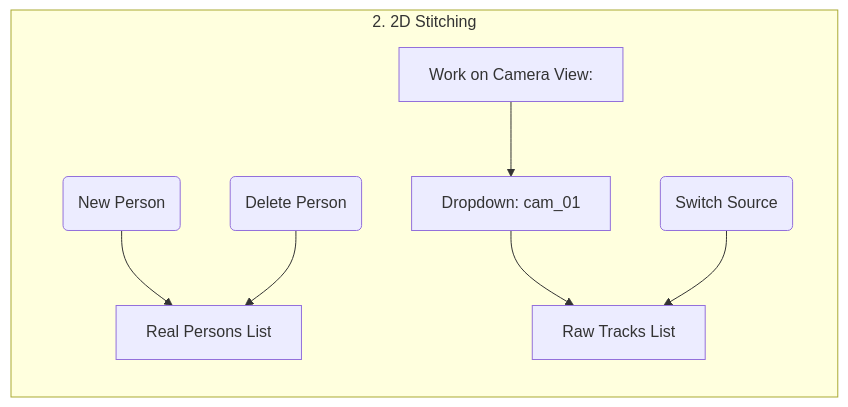
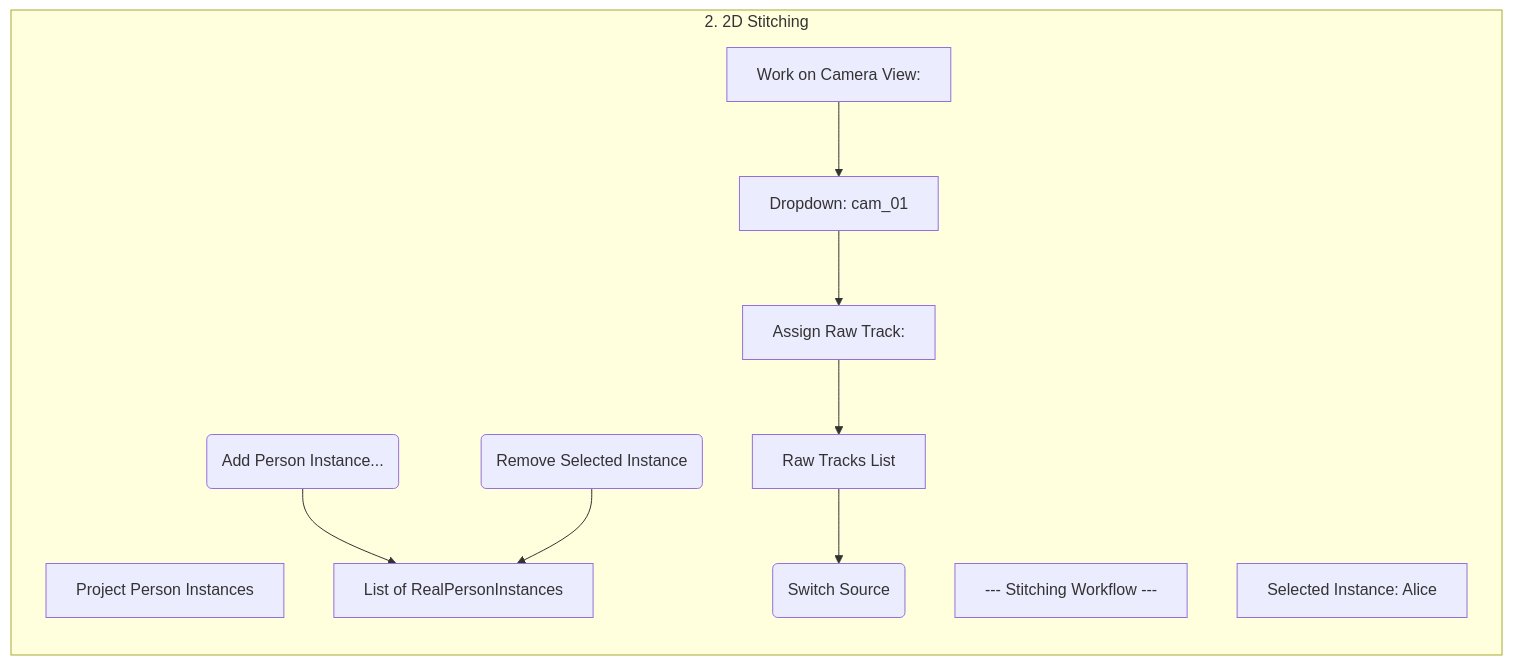
Before and after one commit to hkaimio/PoseEdit: the fourth of 7 diagrams in design.md, drawn with Mermaid. The commit also changed other lines of this file, not shown here.

Commit message:
design: Separate person measurements from isntance in blend file

````diff
--- a/design.md
+++ b/design.md
@@ -314,19 +217,21 @@
 ```mermaid
 graph TD
     subgraph "2. 2D Stitching"
         direction TB
-        A["Work on Camera View:"]
-        B["Dropdown: cam_01"]
-        C["Real Persons List"]
-        D(New Person)
-        E(Delete Person)
-        F["Raw Tracks List"]
-        G(Switch Source)
+        A["Project Person Instances"]
+        B["List of RealPersonInstances"]
+        C(Add Person Instance...)
+        D(Remove Selected Instance)
+        E["--- Stitching Workflow ---"]
+        F["Work on Camera View:"]
+        G["Dropdown: cam_01"]
+        H["Selected Instance: Alice"]
+        I["Assign Raw Track:"]
+        J["Raw Tracks List"]
+        K(Switch Source)
 
-        A --> B;
-        D --> C;
-        E --> C;
-        B --> F;
-        G --> F;
+        C --> B;
+        D --> B;
+        F --> G --> I --> J --> K;
     end
 ```
````
